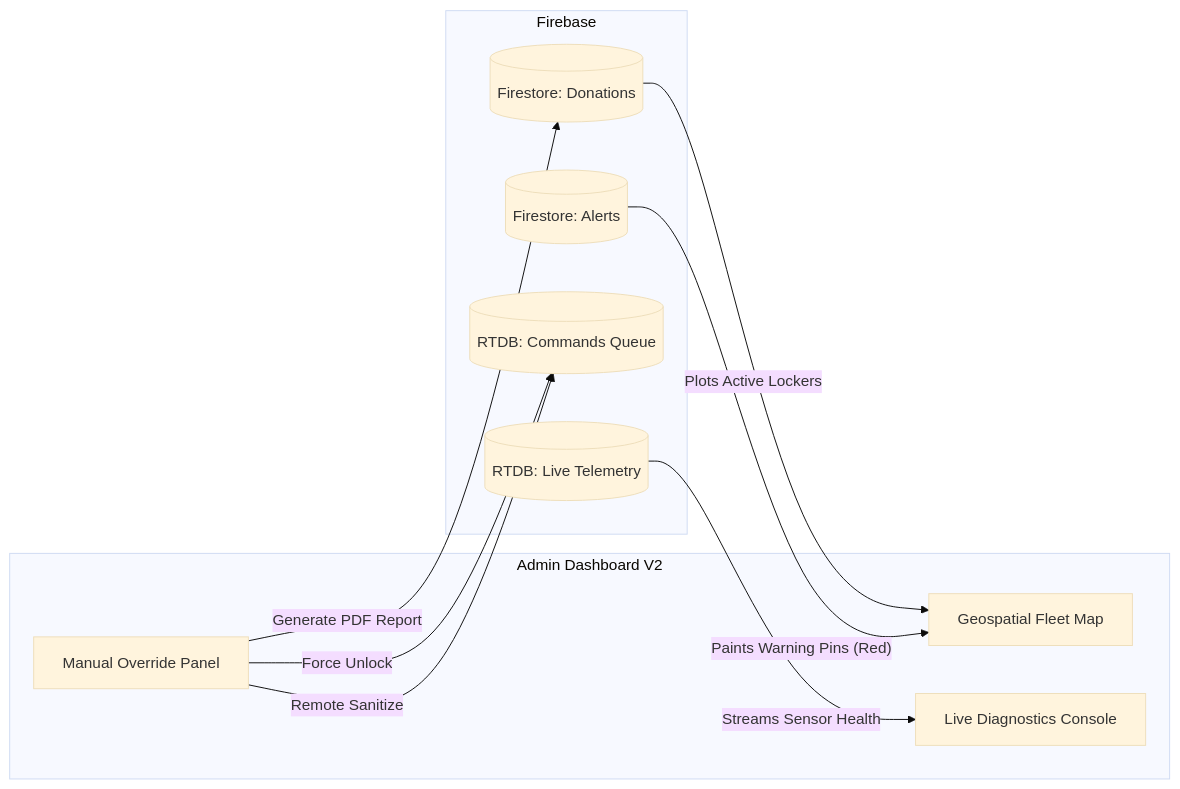
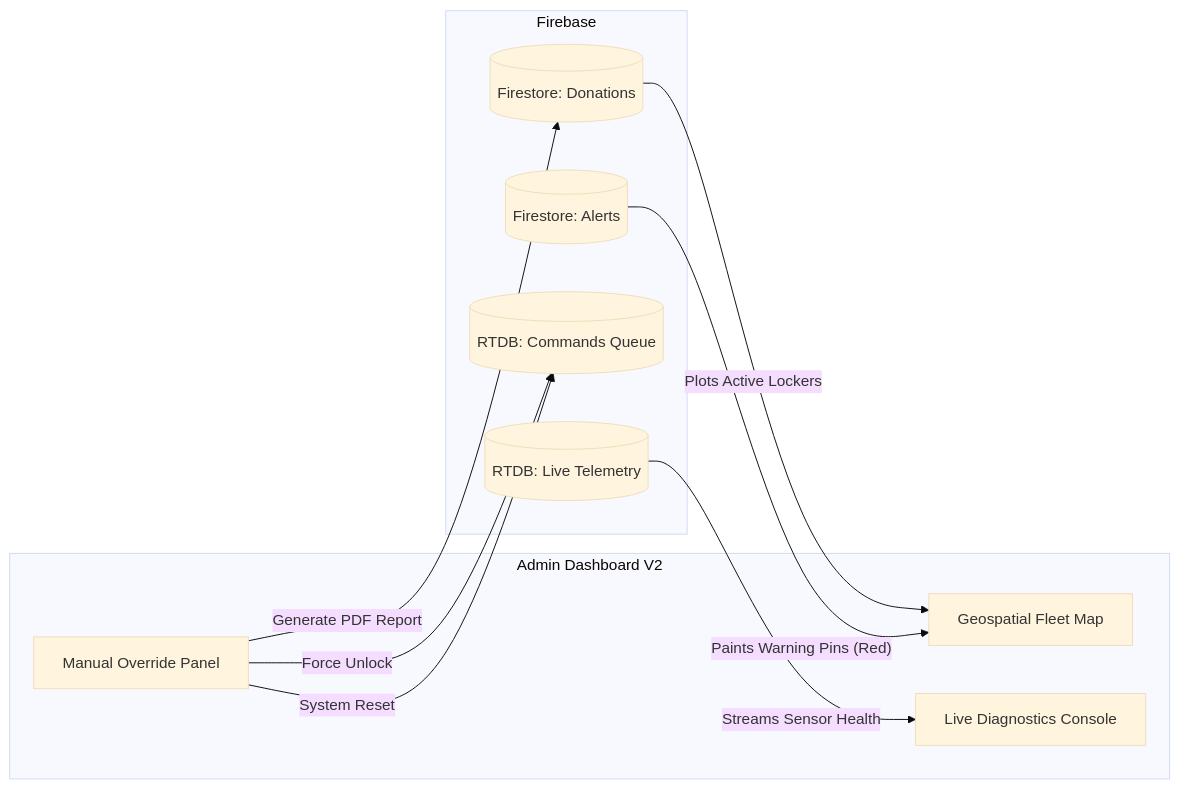
Before and after one commit to TamboliSara/ASEP2-PWA-2.0: the sixth of 6 diagrams in docs/SAFE_Locker_Visual_Guide.md, drawn with Mermaid (base theme). The commit also changed other lines of this file and 8 other files, not shown here.

````diff
--- a/docs/SAFE_Locker_Visual_Guide.md
+++ b/docs/SAFE_Locker_Visual_Guide.md
@@ -173,23 +173,23 @@
 ```mermaid
 graph LR
     subgraph Admin Interface [Admin Dashboard V2]
         Map[Geospatial Fleet Map]
         Diag[Live Diagnostics Console]
         Manual[Manual Override Panel]
     end
     
     subgraph Cloud Storage [Firebase]
         FS_Donations[("Firestore: Donations")]
         FS_Alerts[("Firestore: Alerts")]
         RTDB_Cmds[("RTDB: Commands Queue")]
         RTDB_Tel[("RTDB: Live Telemetry")]
     end
     
     FS_Donations -->|"Plots Active Lockers"| Map
     FS_Alerts -->|"Paints Warning Pins (Red)"| Map
     RTDB_Tel -->|"Streams Sensor Health"| Diag
     
     Manual -->|"Force Unlock"| RTDB_Cmds
-    Manual -->|"Remote Sanitize"| RTDB_Cmds
+    Manual -->|"System Reset"| RTDB_Cmds
     Manual -->|"Generate PDF Report"| FS_Donations
 ```
````
